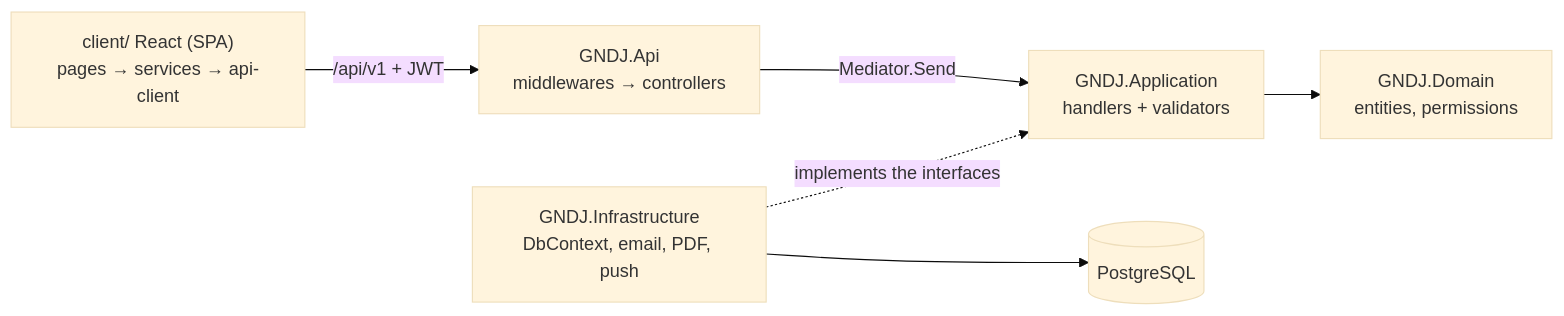
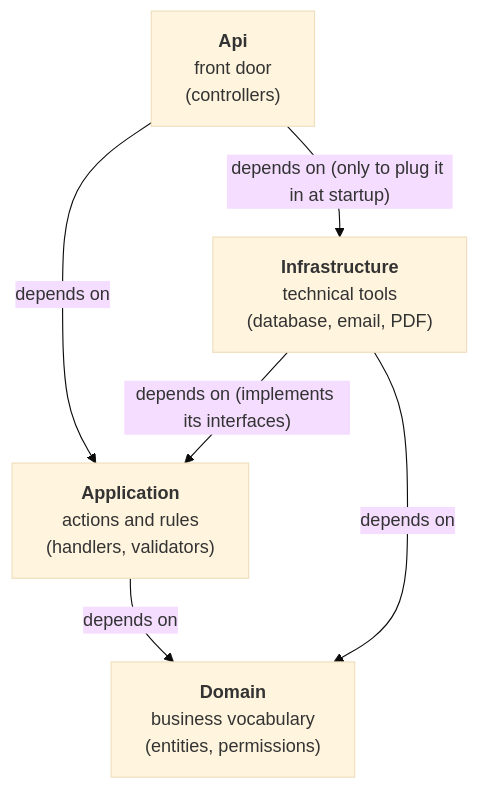
Before and after one commit to samerc/GNDJ_Gestion_Groupe: the first of 4 diagrams in docs/help/documentation-technique.md, drawn with Mermaid (base theme). The commit also changed other lines of this file, not shown here.

Commit message:
Technical doc: plain-language layer explanation + corrected dependency diagram

````diff
--- a/docs/help/documentation-technique.md
+++ b/docs/help/documentation-technique.md
@@ -23,8 +43,12 @@
 ```mermaid
-flowchart LR
-    UI["client/ React (SPA)<br/>pages → services → api-client"] -->|/api/v1 + JWT| API["GNDJ.Api<br/>middlewares → controllers"]
-    API -->|Mediator.Send| APP["GNDJ.Application<br/>handlers + validators"]
-    APP --> DOM["GNDJ.Domain<br/>entities, permissions"]
-    INF["GNDJ.Infrastructure<br/>DbContext, email, PDF, push"] -.->|implements the interfaces| APP
-    INF --> PG[(PostgreSQL)]
+flowchart TB
+    API["<b>Api</b><br/>front door<br/>(controllers)"]
+    INF["<b>Infrastructure</b><br/>technical tools<br/>(database, email, PDF)"]
+    APP["<b>Application</b><br/>actions and rules<br/>(handlers, validators)"]
+    DOM["<b>Domain</b><br/>business vocabulary<br/>(entities, permissions)"]
+    API -->|depends on| APP
+    API -->|"depends on (only to plug it in at startup)"| INF
+    INF -->|"depends on (implements its interfaces)"| APP
+    APP -->|depends on| DOM
+    INF -->|depends on| DOM
 ```
````
